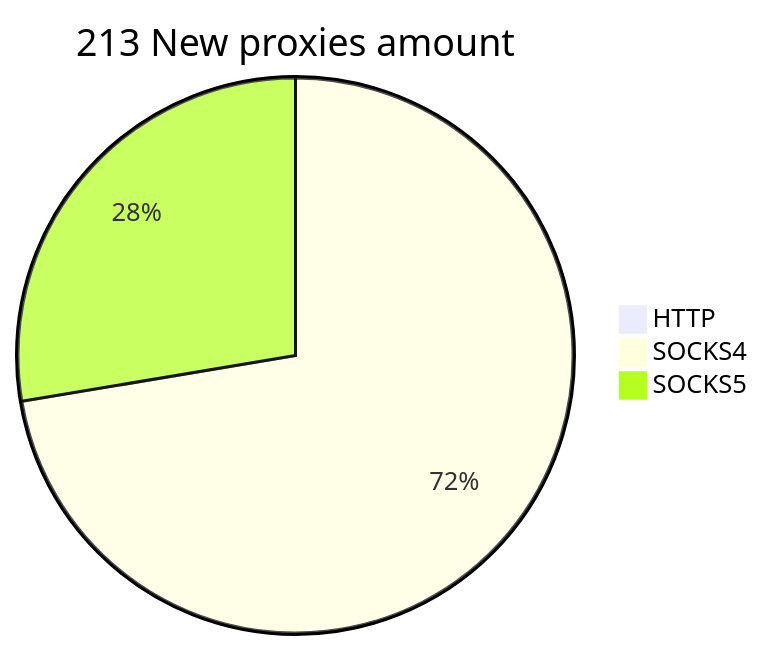
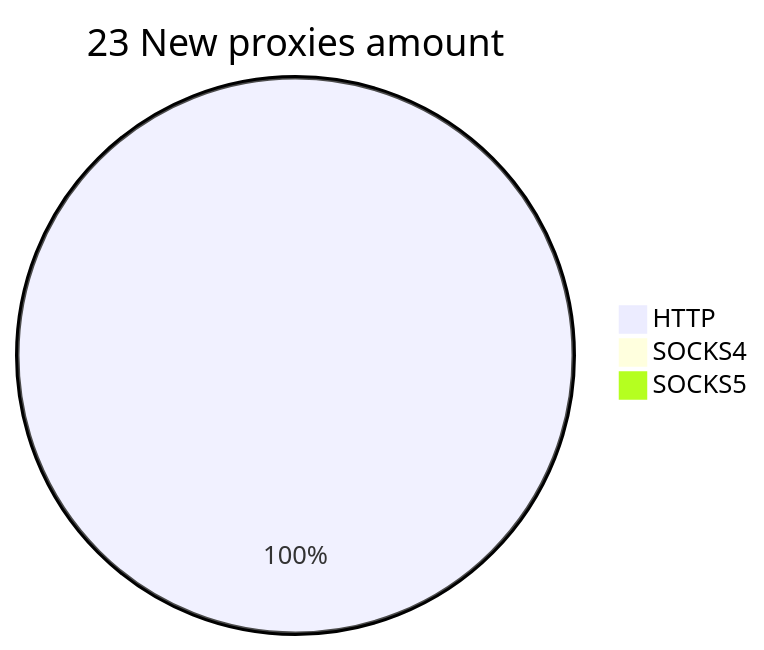
The second of 2 diagrams in README.md (cutipu/proxylist), drawn with Mermaid before and after one commit. The commit also changed other lines of this file, not shown here.

````diff
--- a/README.md
+++ b/README.md
@@ -10,6 +10,6 @@
 ```mermaid
-pie title 213 New proxies amount
-    "HTTP" : 0
-    "SOCKS4" : 466
-    "SOCKS5" : 178
+pie title 23 New proxies amount
+    "HTTP" : 23
+    "SOCKS4" : 0
+    "SOCKS5" : 0
 ```
````
